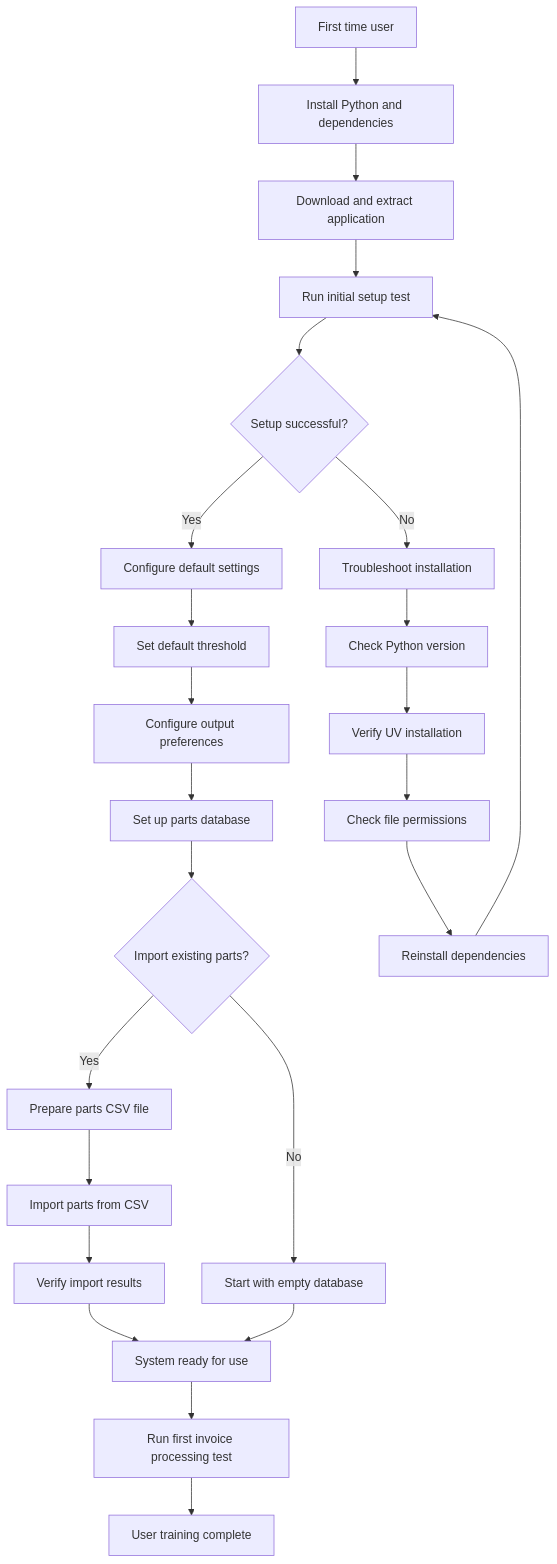
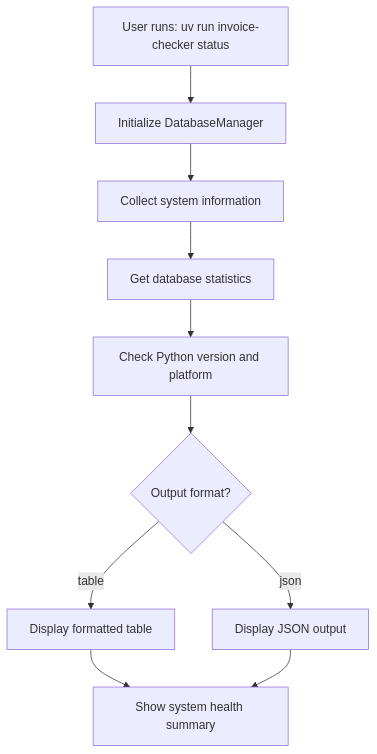
One commit to Nuosis/invoice_line_cost_detection changed the seventh of 7 diagrams in docs/USER_FLOWS.md. Above: the diagram before and after it, drawn with Mermaid. The commit also changed other lines of this file and 71 other files, not shown here.

````diff
--- a/docs/USER_FLOWS.md
+++ b/docs/USER_FLOWS.md
@@ -275,32 +238,12 @@
 ```mermaid
 flowchart TD
-    A[First time user] --> B[Install Python and dependencies]
-    B --> C[Download and extract application]
-    C --> D[Run initial setup test]
-    D --> E{Setup successful?}
-    
-    E -->|Yes| F[Configure default settings]
-    E -->|No| G[Troubleshoot installation]
-    
-    G --> G1[Check Python version]
-    G1 --> G2[Verify UV installation]
-    G2 --> G3[Check file permissions]
-    G3 --> G4[Reinstall dependencies]
-    G4 --> D
-    
-    F --> H[Set default threshold]
-    H --> I[Configure output preferences]
-    I --> J[Set up parts database]
-    J --> K{Import existing parts?}
-    
-    K -->|Yes| L[Prepare parts CSV file]
-    K -->|No| M[Start with empty database]
-    
-    L --> L1[Import parts from CSV]
-    L1 --> L2[Verify import results]
-    L2 --> N[System ready for use]
-    
-    M --> N
-    N --> O[Run first invoice processing test]
-    O --> P[User training complete]
+    A[User runs: uv run invoice-checker status] --> B[Initialize DatabaseManager]
+    B --> C[Collect system information]
+    C --> D[Get database statistics]
+    D --> E[Check Python version and platform]
+    E --> F{Output format?}
+    F -->|table| G[Display formatted table]
+    F -->|json| H[Display JSON output]
+    G --> I[Show system health summary]
+    H --> I
 ```
````
